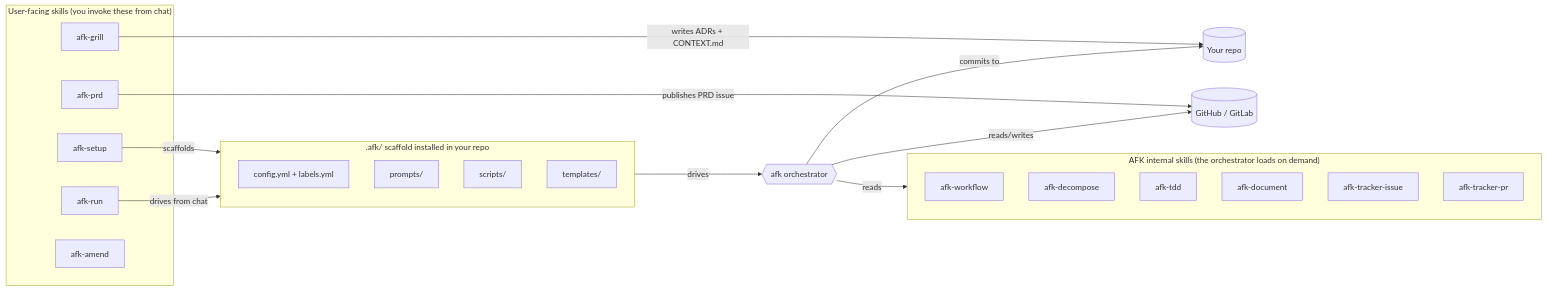
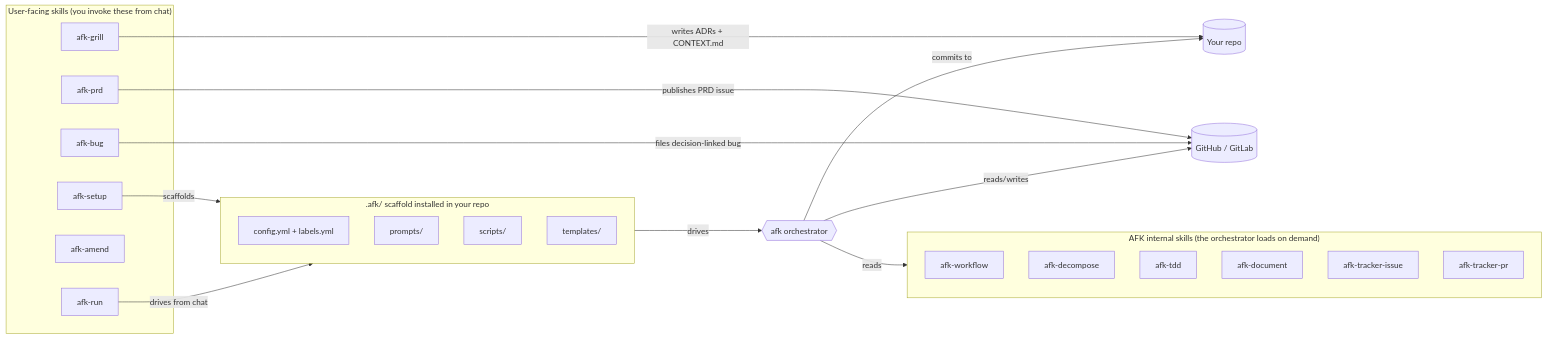
The first of 5 diagrams in README.md (Mo-Tamim/afk-agent), drawn with Mermaid before and after one commit. The commit also changed other lines of this file and 8 other files, not shown here.

First line of the commit message:
feat(afk-bug): add decision-linked bug-reporting skill (#4)

````diff
--- a/README.md
+++ b/README.md
@@ -50,32 +52,34 @@
 ```mermaid
 graph LR
   subgraph User_skills["User-facing skills (you invoke these from chat)"]
     G[afk-grill]
     P[afk-prd]
     S[afk-setup]
     R[afk-run]
     AM[afk-amend]
+    B[afk-bug]
   end
   subgraph AFK_skills["AFK internal skills (the orchestrator loads on demand)"]
     W[afk-workflow]
     D[afk-decompose]
     T[afk-tdd]
     DOC[afk-document]
     TI[afk-tracker-issue]
     TP[afk-tracker-pr]
   end
   subgraph Scaffold[".afk/ scaffold installed in your repo"]
     CFG[config.yml + labels.yml]
     PR[prompts/]
     SC[scripts/]
     TPL[templates/]
   end
   G -->|writes ADRs + CONTEXT.md| Repo[(Your repo)]
   P -->|publishes PRD issue| Tracker[(GitHub / GitLab)]
+  B -->|files decision-linked bug| Tracker
   S -->|scaffolds| Scaffold
   R -->|drives from chat| Scaffold
   Scaffold -->|drives| Orchestrator{{afk orchestrator}}
   Orchestrator -->|reads| AFK_skills
   Orchestrator -->|reads/writes| Tracker
   Orchestrator -->|commits to| Repo
 ```
````
